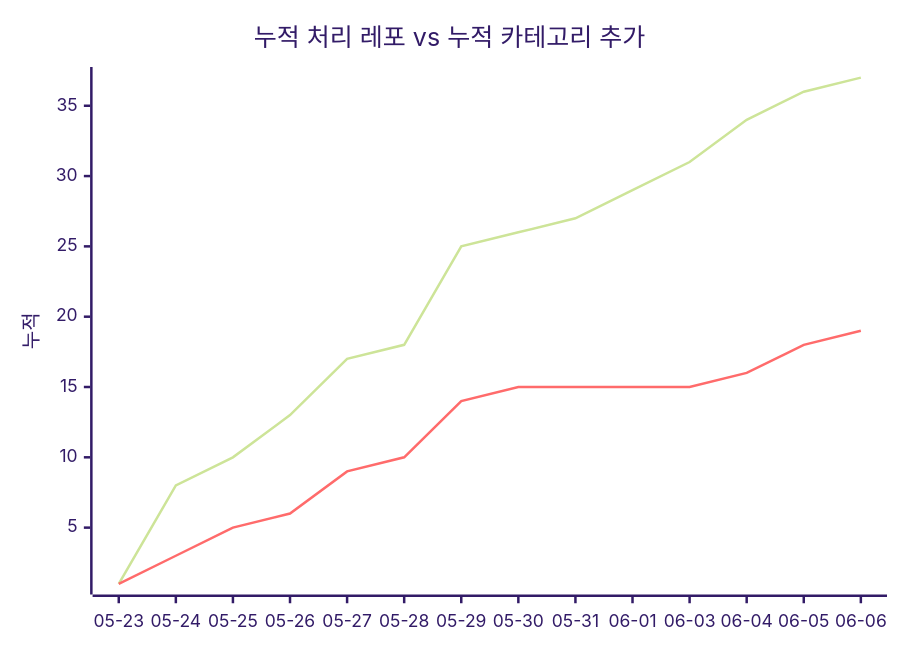
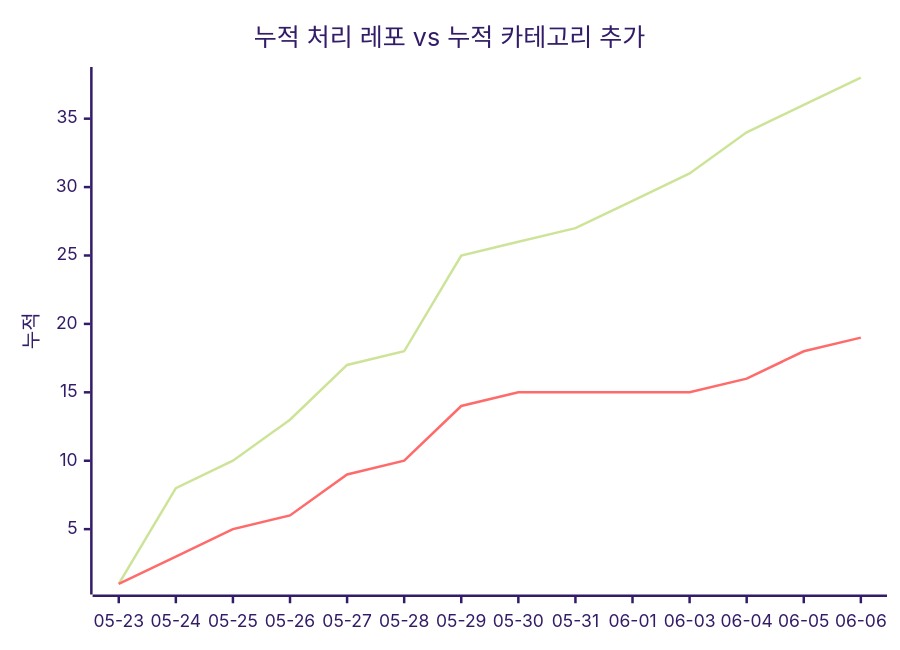
The second of 2 diagrams in docs/trends.md (J-nowcow/awesome-korean-agent-skills), drawn with Mermaid (forest theme) before and after one commit. The commit also changed other lines of this file and 2 other files, not shown here.

````diff
--- a/docs/trends.md
+++ b/docs/trends.md
@@ -68,8 +68,8 @@
 ```mermaid
 xychart-beta
     title "누적 처리 레포 vs 누적 카테고리 추가"
     x-axis ["05-23","05-24","05-25","05-26","05-27","05-28","05-29","05-30","05-31","06-01","06-03","06-04","06-05","06-06"]
     y-axis "누적"
-    line [1,8,10,13,17,18,25,26,27,29,31,34,36,37]
+    line [1,8,10,13,17,18,25,26,27,29,31,34,36,38]
     line [1,3,5,6,9,10,14,15,15,15,15,16,18,19]
 ```
````
